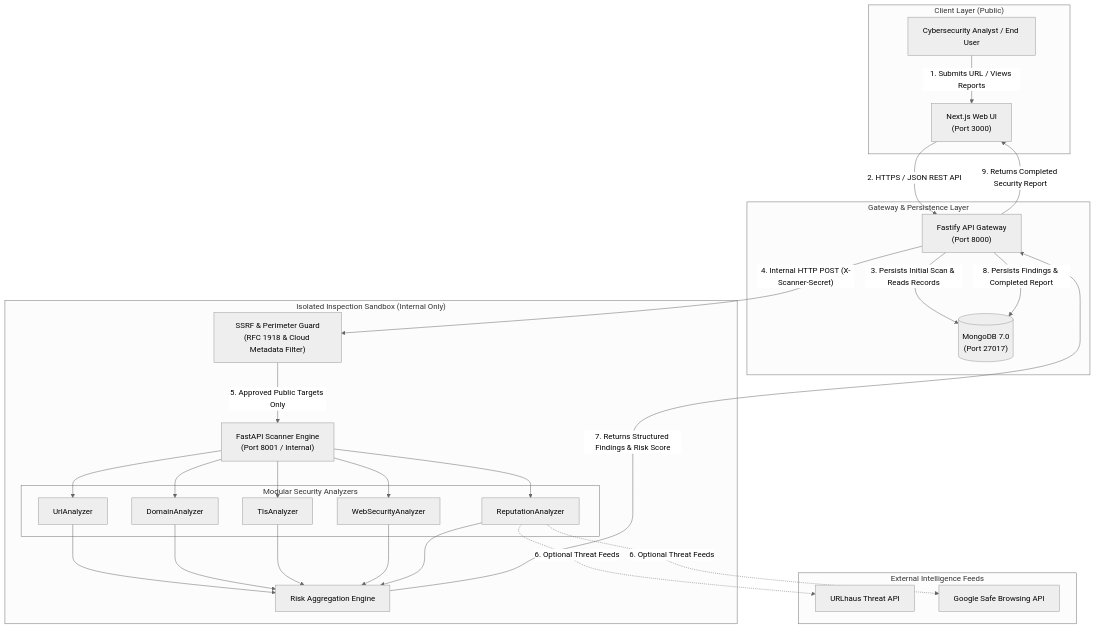
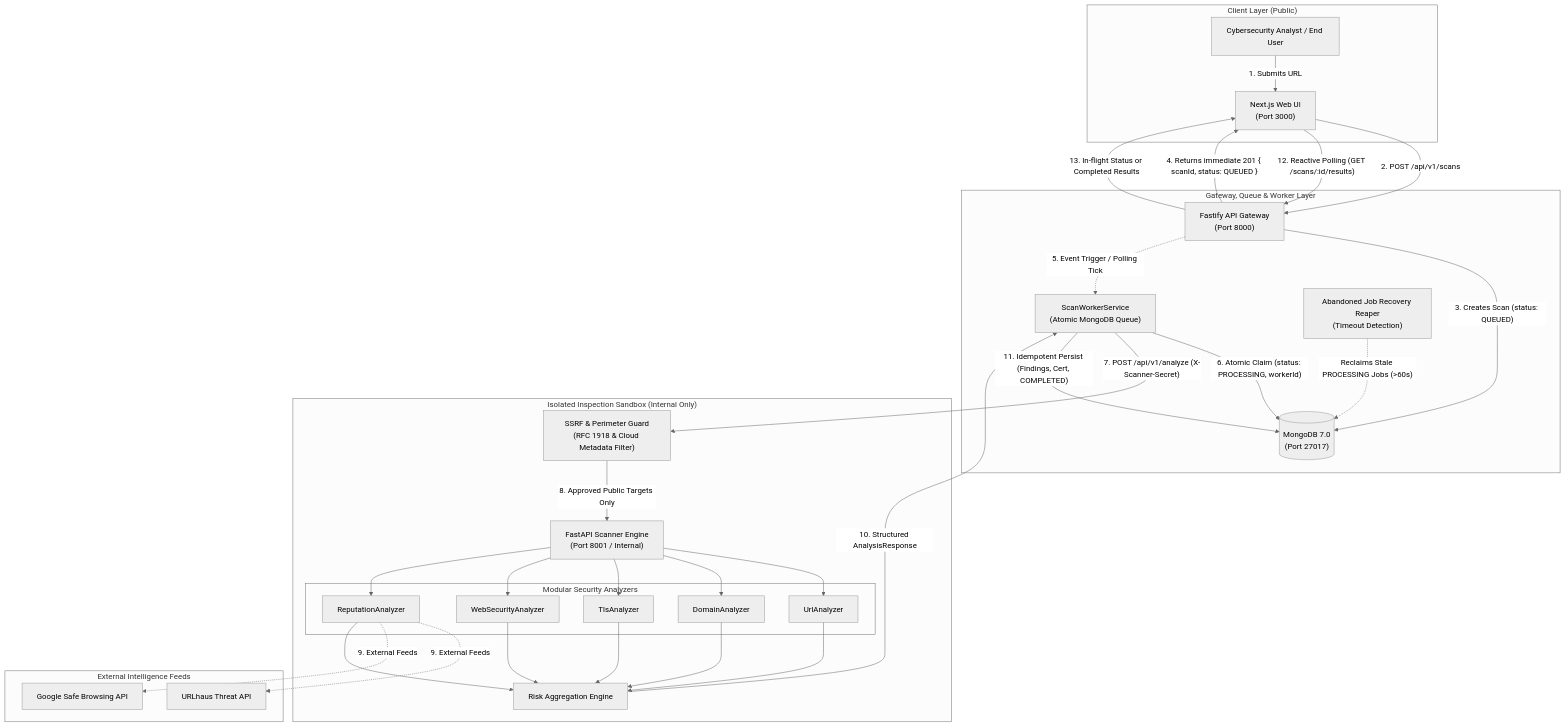
One commit to Tushardevx01/SENTRIX changed the first of 2 diagrams in ARCHITECTURE.md. Above: the diagram before and after it, drawn with Mermaid (neutral theme). The commit also changed other lines of this file and 10 other files, not shown here.

First line of the commit message:
feat: implement asynchronous scan worker service and enhance report polling

````diff
--- a/ARCHITECTURE.md
+++ b/ARCHITECTURE.md
@@ -45,44 +45,51 @@
 ```mermaid
 flowchart TD
     subgraph ClientLayer["Client Layer (Public)"]
         User["Cybersecurity Analyst / End User"]
         Web["Next.js Web UI<br/>(Port 3000)"]
     end
 
-    subgraph GatewayLayer["Gateway & Persistence Layer"]
+    subgraph GatewayLayer["Gateway, Queue & Worker Layer"]
         API["Fastify API Gateway<br/>(Port 8000)"]
+        Worker["ScanWorkerService<br/>(Atomic MongoDB Queue)"]
+        Reaper["Abandoned Job Recovery Reaper<br/>(Timeout Detection)"]
         DB[("MongoDB 7.0<br/>(Port 27017)")]
     end
 
     subgraph SandboxTier["Isolated Inspection Sandbox (Internal Only)"]
         Guard["SSRF & Perimeter Guard<br/>(RFC 1918 & Cloud Metadata Filter)"]
         Scanner["FastAPI Scanner Engine<br/>(Port 8001 / Internal)"]
         
         subgraph Analyzers["Modular Security Analyzers"]
             A1["UrlAnalyzer"]
             A2["DomainAnalyzer"]
             A3["TlsAnalyzer"]
             A4["WebSecurityAnalyzer"]
             A5["ReputationAnalyzer"]
         end
         
         Scoring["Risk Aggregation Engine"]
     end
 
     subgraph ExternalFeeds["External Intelligence Feeds"]
         URLhaus["URLhaus Threat API"]
         GSB["Google Safe Browsing API"]
     end
 
-    User -->|"1. Submits URL / Views Reports"| Web
-    Web -->|"2. HTTPS / JSON REST API"| API
-    API -->|"3. Persists Initial Scan & Reads Records"| DB
-    API -->|"4. Internal HTTP POST (X-Scanner-Secret)"| Guard
-    Guard -->|"5. Approved Public Targets Only"| Scanner
+    User -->|"1. Submits URL"| Web
+    Web -->|"2. POST /api/v1/scans"| API
+    API -->|"3. Creates Scan (status: QUEUED)"| DB
+    API -->|"4. Returns immediate 201 { scanId, status: QUEUED }"| Web
+    API -.->|"5. Event Trigger / Polling Tick"| Worker
+    Worker -->|"6. Atomic Claim (status: PROCESSING, workerId)"| DB
+    Reaper -.->|"Reclaims Stale PROCESSING Jobs (>60s)"| DB
+    Worker -->|"7. POST /api/v1/analyze (X-Scanner-Secret)"| Guard
+    Guard -->|"8. Approved Public Targets Only"| Scanner
     Scanner --> A1 & A2 & A3 & A4 & A5
-    A5 -.->|"6. Optional Threat Feeds"| URLhaus & GSB
+    A5 -.->|"9. External Feeds"| URLhaus & GSB
     A1 & A2 & A3 & A4 & A5 --> Scoring
-    Scoring -->|"7. Returns Structured Findings & Risk Score"| API
-    API -->|"8. Persists Findings & Completed Report"| DB
-    API -->|"9. Returns Completed Security Report"| Web
+    Scoring -->|"10. Structured AnalysisResponse"| Worker
+    Worker -->|"11. Idempotent Persist (Findings, Cert, COMPLETED)"| DB
+    Web -->|"12. Reactive Polling (GET /scans/:id/results)"| API
+    API -->|"13. In-flight Status or Completed Results"| Web
 ```
````
